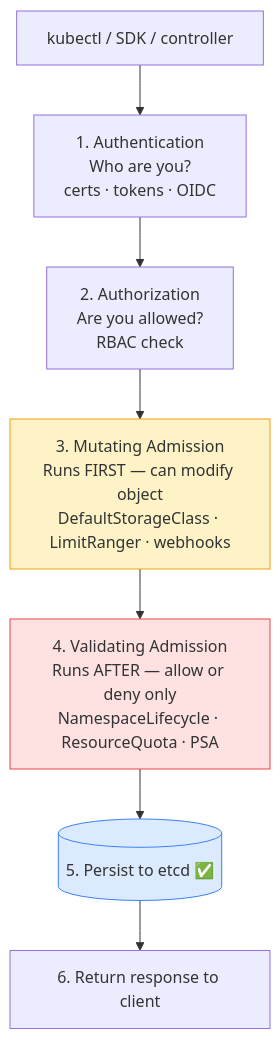
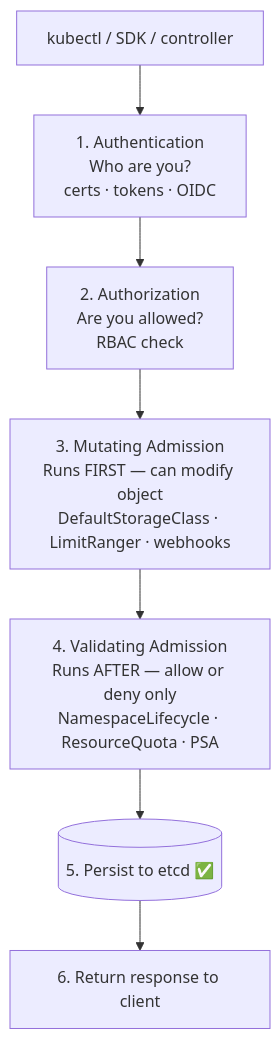
The first of 3 diagrams in content/cka/02-kubernetes-architecture-complete-reference/22-kube-apiserver-etcd/22-kube-apiserver-etcd.md (Gautam4424/k8slearn-content), drawn with Mermaid before and after one commit. The commit also changed other lines of this file and 40 other files, not shown here.

Commit message:
chore: fix mermaid style regex

````diff
--- a/content/cka/02-kubernetes-architecture-complete-reference/22-kube-apiserver-etcd/22-kube-apiserver-etcd.md
+++ b/content/cka/02-kubernetes-architecture-complete-reference/22-kube-apiserver-etcd/22-kube-apiserver-etcd.md
@@ -31,14 +31,11 @@
 ```mermaid
 flowchart TD
     CLI["kubectl / SDK / controller"]
     AUTH["1. Authentication\nWho are you?\ncerts · tokens · OIDC"]
     AUTHZ["2. Authorization\nAre you allowed?\nRBAC check"]
     MUT["3. Mutating Admission\nRuns FIRST — can modify object\nDefaultStorageClass · LimitRanger · webhooks"]
     VAL["4. Validating Admission\nRuns AFTER — allow or deny only\nNamespaceLifecycle · ResourceQuota · PSA"]
     ETCD[("5. Persist to etcd ✅")]
     RESP["6. Return response to client"]
     CLI --> AUTH --> AUTHZ --> MUT --> VAL --> ETCD --> RESP
-    style MUT fill:#fef3c7,stroke:#f59e0b
-    style VAL fill:#fee2e2,stroke:#ef4444
-    style ETCD fill:#dbeafe,stroke:#3b82f6
 ```
````
